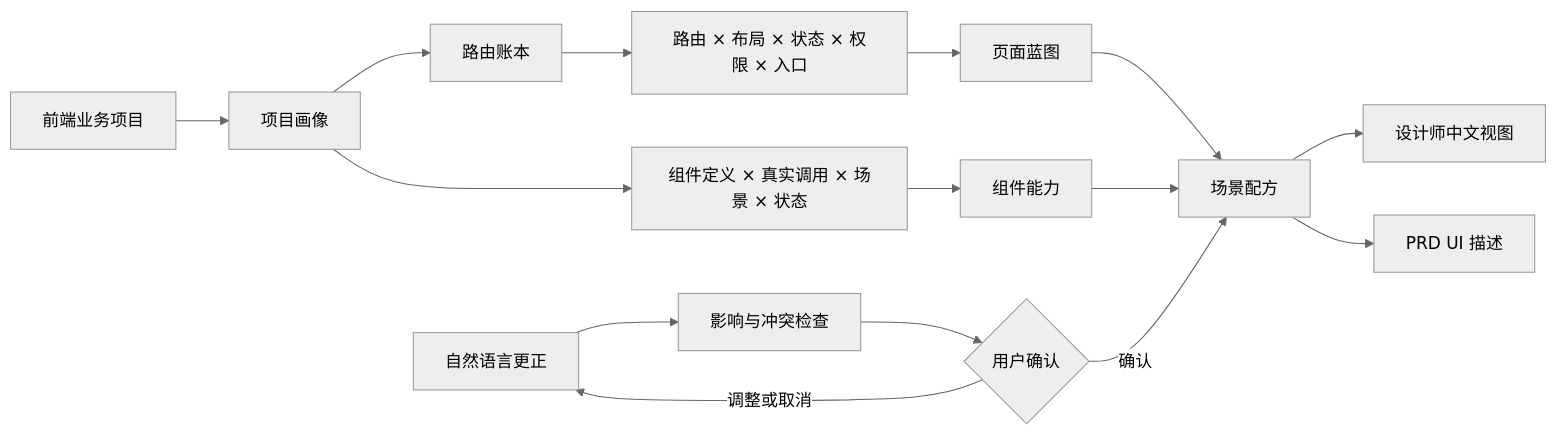
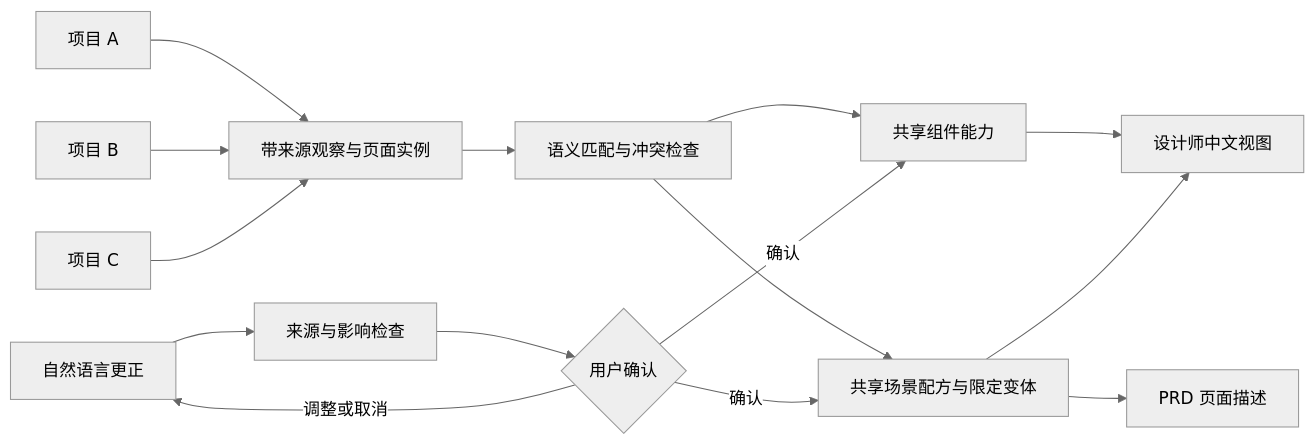
One commit to SodaZheng/oh-my-ui changed the diagram in README.md. Above: the diagram before and after it, drawn with Mermaid (neutral theme). The commit also changed other lines of this file and 52 other files, not shown here.

````diff
--- a/README.md
+++ b/README.md
@@ -49,17 +49,17 @@
 ```mermaid
 flowchart LR
-    A[前端业务项目] --> B[项目画像]
-    B --> C[路由账本]
-    C --> D[路由 × 布局 × 状态 × 权限 × 入口]
-    B --> E[组件定义 × 真实调用 × 场景 × 状态]
-    D --> F[页面蓝图]
-    E --> G[组件能力]
-    F --> H[场景配方]
+    A[项目 A] --> D[带来源观察与页面实例]
+    B[项目 B] --> D
+    C[项目 C] --> D
+    D --> E[语义匹配与冲突检查]
+    E --> F[共享组件能力]
+    E --> G[共享场景配方与限定变体]
+    F --> H[设计师中文视图]
     G --> H
-    H --> I[设计师中文视图]
-    H --> J[PRD UI 描述]
-    K[自然语言更正] --> L[影响与冲突检查]
-    L --> M{用户确认}
-    M -->|确认| H
-    M -->|调整或取消| K
+    G --> I[PRD 页面描述]
+    J[自然语言更正] --> K[来源与影响检查]
+    K --> L{用户确认}
+    L -->|确认| F
+    L -->|确认| G
+    L -->|调整或取消| J
 ```
````
